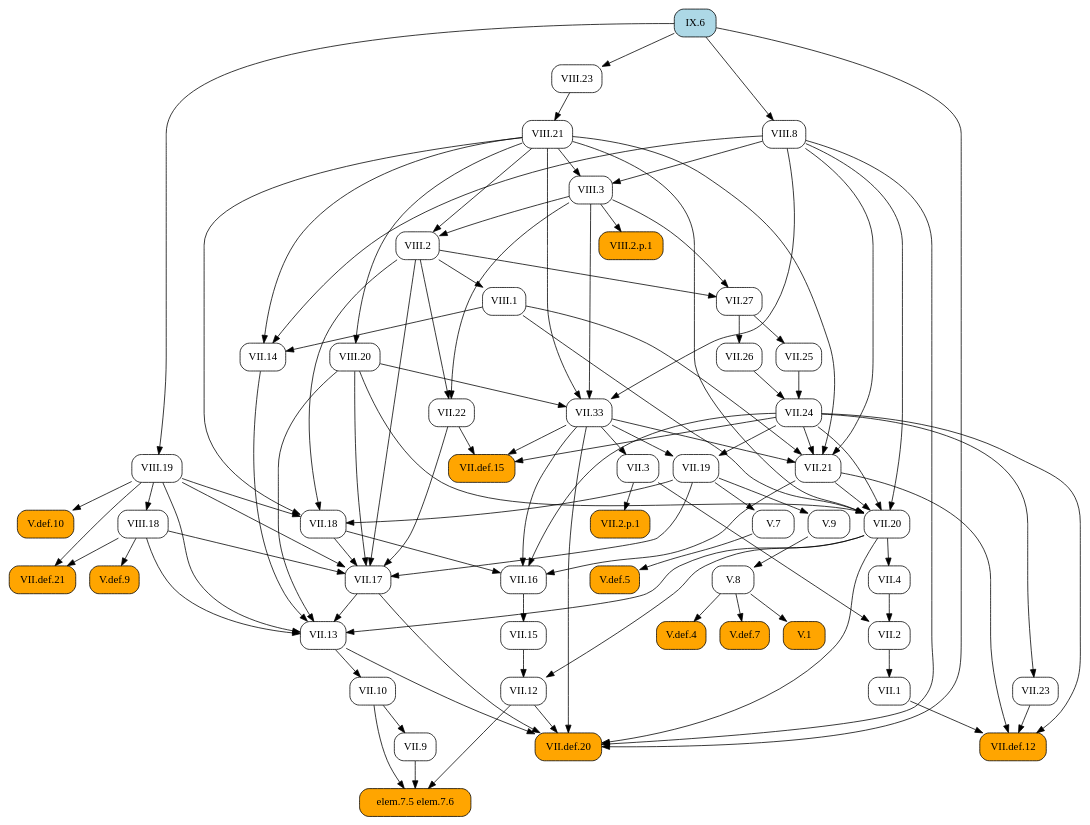
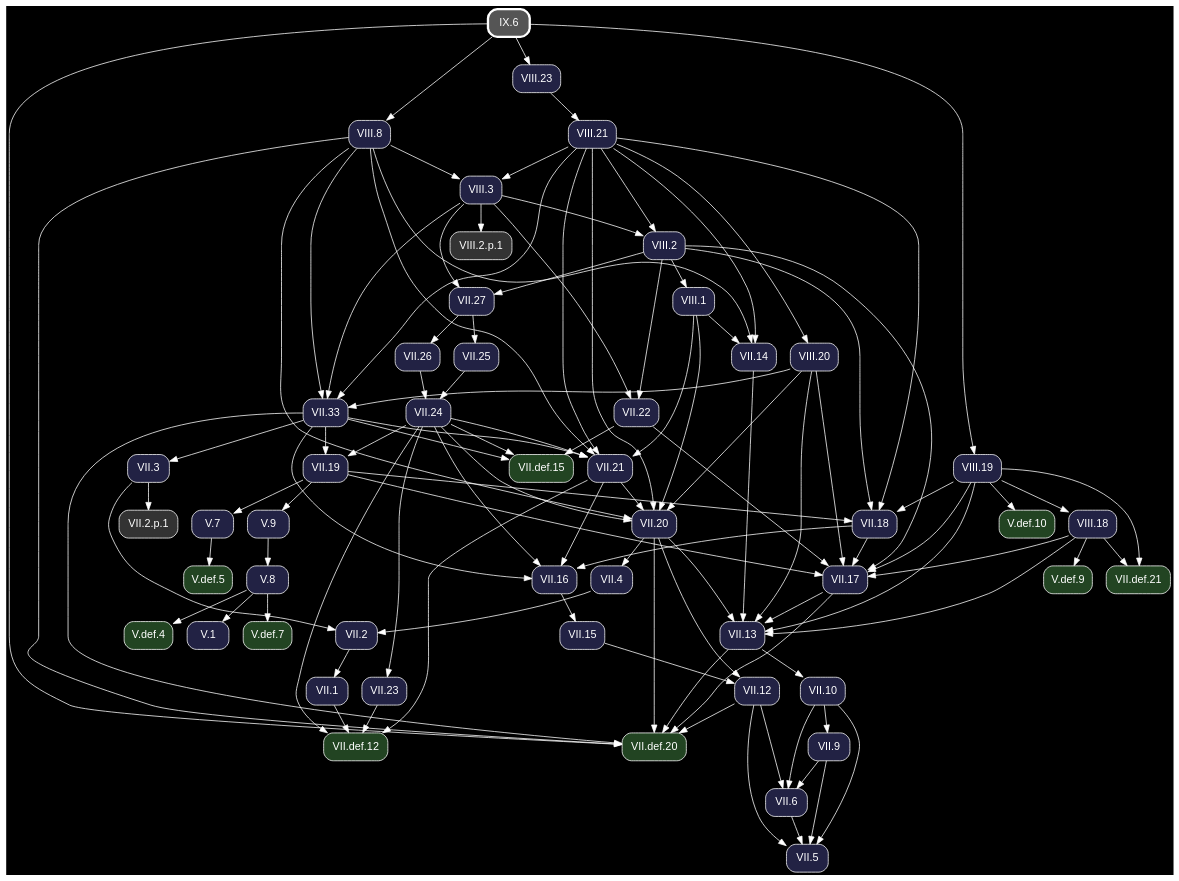
Before and after one commit to geometor/elements: the diagram in docsrc/heath/IX/6/index.rst, drawn with Graphviz. The commit also changed other lines of this file and 1200 other files, not shown here.

Commit message:
update dependency graphs

```diff
--- a/docsrc/heath/IX/6/index.rst
+++ b/docsrc/heath/IX/6/index.rst
@@ -52,108 +52,70 @@
 .. graphviz::
 
    digraph {
+     bgcolor="black";
+     node [shape=box, style="rounded,filled", fontname="Helvetica", color="white", fontcolor="white"];
+     edge [color="white", fontcolor="white"];
      rankdir="TB";
-     node [shape=box, style=rounded];
-     "VII.33" [URL="/heath/VII/33/", target="_top"];
-     "VII.12" [URL="/heath/VII/12/", target="_top"];
-     "elem.7.5 elem.7.6" [style="rounded,filled", fillcolor=orange];
-     "VIII.20" [URL="/heath/VIII/20/", target="_top"];
-     "VII.9" [URL="/heath/VII/9/", target="_top"];
-     "VIII.2" [URL="/heath/VIII/2/", target="_top"];
-     "VII.18" [URL="/heath/VII/18/", target="_top"];
-     "VII.16" [URL="/heath/VII/16/", target="_top"];
-     "V.7" [URL="/heath/V/7/", target="_top"];
-     "VII.26" [URL="/heath/VII/26/", target="_top"];
-     "V.def.5" [style="rounded,filled", fillcolor=orange, URL="/heath/V/def.5/", target="_top"];
-     "V.9" [URL="/heath/V/9/", target="_top"];
-     "VIII.8" [URL="/heath/VIII/8/", target="_top"];
-     "VII.10" [URL="/heath/VII/10/", target="_top"];
-     "VIII.3" [URL="/heath/VIII/3/", target="_top"];
-     "VII.13" [URL="/heath/VII/13/", target="_top"];
-     "VIII.18" [URL="/heath/VIII/18/", target="_top"];
-     "VIII.23" [URL="/heath/VIII/23/", target="_top"];
-     "VII.def.15" [style="rounded,filled", fillcolor=orange, URL="/heath/VII/def.15/", target="_top"];
-     "VIII.19" [URL="/heath/VIII/19/", target="_top"];
-     "VII.17" [URL="/heath/VII/17/", target="_top"];
-     "VII.19" [URL="/heath/VII/19/", target="_top"];
-     "VIII.2.p.1" [style="rounded,filled", fillcolor=orange];
-     "VII.2" [URL="/heath/VII/2/", target="_top"];
-     "VII.def.20" [style="rounded,filled", fillcolor=orange, URL="/heath/VII/def.20/", target="_top"];
-     "VII.2.p.1" [style="rounded,filled", fillcolor=orange];
-     "VII.15" [URL="/heath/VII/15/", target="_top"];
-     "V.def.4" [style="rounded,filled", fillcolor=orange, URL="/heath/V/def.4/", target="_top"];
-     "V.def.7" [style="rounded,filled", fillcolor=orange, URL="/heath/V/def.7/", target="_top"];
-     "VIII.21" [URL="/heath/VIII/21/", target="_top"];
-     "VII.14" [URL="/heath/VII/14/", target="_top"];
-     "VII.27" [URL="/heath/VII/27/", target="_top"];
-     "VII.21" [URL="/heath/VII/21/", target="_top"];
-     "V.def.10" [style="rounded,filled", fillcolor=orange, URL="/heath/V/def.10/", target="_top"];
-     "VII.22" [URL="/heath/VII/22/", target="_top"];
-     "VIII.1" [URL="/heath/VIII/1/", target="_top"];
-     "VII.25" [URL="/heath/VII/25/", target="_top"];
-     "VII.1" [URL="/heath/VII/1/", target="_top"];
-     "V.8" [URL="/heath/V/8/", target="_top"];
-     "VII.23" [URL="/heath/VII/23/", target="_top"];
-     "VII.4" [URL="/heath/VII/4/", target="_top"];
-     "VII.def.12" [style="rounded,filled", fillcolor=orange, URL="/heath/VII/def.12/", target="_top"];
-     "V.1" [style="rounded,filled", fillcolor=orange, URL="/heath/V/1/", target="_top"];
-     "V.def.9" [style="rounded,filled", fillcolor=orange, URL="/heath/V/def.9/", target="_top"];
-     "VII.3" [URL="/heath/VII/3/", target="_top"];
-     "VII.24" [URL="/heath/VII/24/", target="_top"];
-     "VII.20" [URL="/heath/VII/20/", target="_top"];
-     "VII.def.21" [style="rounded,filled", fillcolor=orange, URL="/heath/VII/def.21/", target="_top"];
-     "IX.6" [style="rounded,filled", fillcolor=lightblue, URL="/heath/IX/6/", target="_top"];
+     "VII.33" [fillcolor="#222244", URL="/heath/VII/33/", target="_top"];
+     "V.def.5" [fillcolor="#224422", URL="/heath/V/def.5/", target="_top"];
+     "V.def.9" [fillcolor="#224422", URL="/heath/V/def.9/", target="_top"];
+     "VII.18" [fillcolor="#222244", URL="/heath/VII/18/", target="_top"];
+     "VII.2" [fillcolor="#222244", URL="/heath/VII/2/", target="_top"];
+     "VII.def.20" [fillcolor="#224422", URL="/heath/VII/def.20/", target="_top"];
+     "VIII.8" [fillcolor="#222244", URL="/heath/VIII/8/", target="_top"];
+     "VIII.21" [fillcolor="#222244", URL="/heath/VIII/21/", target="_top"];
+     "VII.26" [fillcolor="#222244", URL="/heath/VII/26/", target="_top"];
+     "VII.1" [fillcolor="#222244", URL="/heath/VII/1/", target="_top"];
+     "VII.13" [fillcolor="#222244", URL="/heath/VII/13/", target="_top"];
+     "VIII.2.p.1" [fillcolor="#333333"];
+     "VII.27" [fillcolor="#222244", URL="/heath/VII/27/", target="_top"];
+     "VII.4" [fillcolor="#222244", URL="/heath/VII/4/", target="_top"];
+     "VII.25" [fillcolor="#222244", URL="/heath/VII/25/", target="_top"];
+     "V.def.10" [fillcolor="#224422", URL="/heath/V/def.10/", target="_top"];
+     "VIII.20" [fillcolor="#222244", URL="/heath/VIII/20/", target="_top"];
+     "VII.21" [fillcolor="#222244", URL="/heath/VII/21/", target="_top"];
+     "VII.9" [fillcolor="#222244", URL="/heath/VII/9/", target="_top"];
+     "V.7" [fillcolor="#222244", URL="/heath/V/7/", target="_top"];
+     "VII.12" [fillcolor="#222244", URL="/heath/VII/12/", target="_top"];
+     "V.9" [fillcolor="#222244", URL="/heath/V/9/", target="_top"];
+     "VII.17" [fillcolor="#222244", URL="/heath/VII/17/", target="_top"];
+     "VII.24" [fillcolor="#222244", URL="/heath/VII/24/", target="_top"];
+     "VII.22" [fillcolor="#222244", URL="/heath/VII/22/", target="_top"];
+     "VIII.2" [fillcolor="#222244", URL="/heath/VIII/2/", target="_top"];
+     "V.def.7" [fillcolor="#224422", URL="/heath/V/def.7/", target="_top"];
+     "VII.20" [fillcolor="#222244", URL="/heath/VII/20/", target="_top"];
+     "V.def.4" [fillcolor="#224422", URL="/heath/V/def.4/", target="_top"];
+     "VIII.18" [fillcolor="#222244", URL="/heath/VIII/18/", target="_top"];
+     "IX.6" [penwidth=3, color="white", fillcolor="#555555", URL="/heath/IX/6/", target="_top"];
+     "VII.5" [fillcolor="#222244", URL="/heath/VII/5/", target="_top"];
+     "VIII.23" [fillcolor="#222244", URL="/heath/VIII/23/", target="_top"];
+     "VII.def.15" [fillcolor="#224422", URL="/heath/VII/def.15/", target="_top"];
+     "VIII.3" [fillcolor="#222244", URL="/heath/VIII/3/", target="_top"];
+     "VII.2.p.1" [fillcolor="#333333"];
+     "VII.6" [fillcolor="#222244", URL="/heath/VII/6/", target="_top"];
+     "VII.16" [fillcolor="#222244", URL="/heath/VII/16/", target="_top"];
+     "VII.15" [fillcolor="#222244", URL="/heath/VII/15/", target="_top"];
+     "V.1" [fillcolor="#222244", URL="/heath/V/1/", target="_top"];
+     "VII.10" [fillcolor="#222244", URL="/heath/VII/10/", target="_top"];
+     "VIII.19" [fillcolor="#222244", URL="/heath/VIII/19/", target="_top"];
+     "VII.23" [fillcolor="#222244", URL="/heath/VII/23/", target="_top"];
+     "VII.def.12" [fillcolor="#224422", URL="/heath/VII/def.12/", target="_top"];
+     "VII.def.21" [fillcolor="#224422", URL="/heath/VII/def.21/", target="_top"];
+     "VII.19" [fillcolor="#222244", URL="/heath/VII/19/", target="_top"];
+     "VIII.1" [fillcolor="#222244", URL="/heath/VIII/1/", target="_top"];
+     "V.8" [fillcolor="#222244", URL="/heath/V/8/", target="_top"];
+     "VII.3" [fillcolor="#222244", URL="/heath/VII/3/", target="_top"];
+     "VII.14" [fillcolor="#222244", URL="/heath/VII/14/", target="_top"];
      "VIII.3" -> "VII.33";
      "VIII.8" -> "VII.33";
      "VIII.20" -> "VII.33";
      "VIII.21" -> "VII.33";
-     "VII.15" -> "VII.12";
-     "VII.20" -> "VII.12";
-     "VII.9" -> "elem.7.5 elem.7.6";
-     "VII.10" -> "elem.7.5 elem.7.6";
-     "VII.12" -> "elem.7.5 elem.7.6";
-     "VIII.21" -> "VIII.20";
-     "VII.10" -> "VII.9";
-     "VIII.3" -> "VIII.2";
-     "VIII.21" -> "VIII.2";
+     "V.7" -> "V.def.5";
+     "VIII.18" -> "V.def.9";
      "VII.19" -> "VII.18";
      "VIII.2" -> "VII.18";
      "VIII.19" -> "VII.18";
      "VIII.21" -> "VII.18";
-     "VII.18" -> "VII.16";
-     "VII.21" -> "VII.16";
-     "VII.24" -> "VII.16";
-     "VII.33" -> "VII.16";
-     "VII.19" -> "V.7";
-     "VII.27" -> "VII.26";
-     "V.7" -> "V.def.5";
-     "VII.19" -> "V.9";
-     "IX.6" -> "VIII.8";
-     "VII.13" -> "VII.10";
-     "VIII.8" -> "VIII.3";
-     "VIII.21" -> "VIII.3";
-     "VII.14" -> "VII.13";
-     "VII.17" -> "VII.13";
-     "VII.20" -> "VII.13";
-     "VIII.18" -> "VII.13";
-     "VIII.19" -> "VII.13";
-     "VIII.20" -> "VII.13";
-     "VIII.19" -> "VIII.18";
-     "IX.6" -> "VIII.23";
-     "VII.22" -> "VII.def.15";
-     "VII.24" -> "VII.def.15";
-     "VII.33" -> "VII.def.15";
-     "IX.6" -> "VIII.19";
-     "VII.18" -> "VII.17";
-     "VII.19" -> "VII.17";
-     "VII.22" -> "VII.17";
-     "VIII.2" -> "VII.17";
-     "VIII.18" -> "VII.17";
-     "VIII.19" -> "VII.17";
-     "VIII.20" -> "VII.17";
-     "VII.24" -> "VII.19";
-     "VII.33" -> "VII.19";
-     "VIII.3" -> "VIII.2.p.1";
      "VII.3" -> "VII.2";
      "VII.4" -> "VII.2";
      "VII.12" -> "VII.def.20";
@@ -163,45 +125,90 @@
      "VII.33" -> "VII.def.20";
      "VIII.8" -> "VII.def.20";
      "IX.6" -> "VII.def.20";
-     "VII.3" -> "VII.2.p.1";
-     "VII.16" -> "VII.15";
-     "V.8" -> "V.def.4";
-     "V.8" -> "V.def.7";
+     "IX.6" -> "VIII.8";
      "VIII.23" -> "VIII.21";
-     "VIII.1" -> "VII.14";
-     "VIII.8" -> "VII.14";
-     "VIII.21" -> "VII.14";
+     "VII.27" -> "VII.26";
+     "VII.2" -> "VII.1";
+     "VII.14" -> "VII.13";
+     "VII.17" -> "VII.13";
+     "VII.20" -> "VII.13";
+     "VIII.18" -> "VII.13";
+     "VIII.19" -> "VII.13";
+     "VIII.20" -> "VII.13";
+     "VIII.3" -> "VIII.2.p.1";
      "VIII.2" -> "VII.27";
      "VIII.3" -> "VII.27";
+     "VII.20" -> "VII.4";
+     "VII.27" -> "VII.25";
+     "VIII.19" -> "V.def.10";
+     "VIII.21" -> "VIII.20";
      "VII.24" -> "VII.21";
      "VII.33" -> "VII.21";
      "VIII.1" -> "VII.21";
      "VIII.8" -> "VII.21";
      "VIII.21" -> "VII.21";
-     "VIII.19" -> "V.def.10";
+     "VII.10" -> "VII.9";
+     "VII.19" -> "V.7";
+     "VII.15" -> "VII.12";
+     "VII.20" -> "VII.12";
+     "VII.19" -> "V.9";
+     "VII.18" -> "VII.17";
+     "VII.19" -> "VII.17";
+     "VII.22" -> "VII.17";
+     "VIII.2" -> "VII.17";
+     "VIII.18" -> "VII.17";
+     "VIII.19" -> "VII.17";
+     "VIII.20" -> "VII.17";
+     "VII.25" -> "VII.24";
+     "VII.26" -> "VII.24";
      "VIII.2" -> "VII.22";
      "VIII.3" -> "VII.22";
-     "VIII.2" -> "VIII.1";
-     "VII.27" -> "VII.25";
-     "VII.2" -> "VII.1";
-     "V.9" -> "V.8";
-     "VII.24" -> "VII.23";
-     "VII.20" -> "VII.4";
-     "VII.1" -> "VII.def.12";
-     "VII.21" -> "VII.def.12";
-     "VII.23" -> "VII.def.12";
-     "VII.24" -> "VII.def.12";
-     "V.8" -> "V.1";
-     "VIII.18" -> "V.def.9";
-     "VII.33" -> "VII.3";
-     "VII.25" -> "VII.24";
-     "VII.26" -> "VII.24";
+     "VIII.3" -> "VIII.2";
+     "VIII.21" -> "VIII.2";
+     "V.8" -> "V.def.7";
      "VII.21" -> "VII.20";
      "VII.24" -> "VII.20";
      "VIII.1" -> "VII.20";
      "VIII.8" -> "VII.20";
      "VIII.20" -> "VII.20";
      "VIII.21" -> "VII.20";
+     "V.8" -> "V.def.4";
+     "VIII.19" -> "VIII.18";
+     "VII.6" -> "VII.5";
+     "VII.9" -> "VII.5";
+     "VII.10" -> "VII.5";
+     "VII.12" -> "VII.5";
+     "IX.6" -> "VIII.23";
+     "VII.22" -> "VII.def.15";
+     "VII.24" -> "VII.def.15";
+     "VII.33" -> "VII.def.15";
+     "VIII.8" -> "VIII.3";
+     "VIII.21" -> "VIII.3";
+     "VII.3" -> "VII.2.p.1";
+     "VII.9" -> "VII.6";
+     "VII.10" -> "VII.6";
+     "VII.12" -> "VII.6";
+     "VII.18" -> "VII.16";
+     "VII.21" -> "VII.16";
+     "VII.24" -> "VII.16";
+     "VII.33" -> "VII.16";
+     "VII.16" -> "VII.15";
+     "V.8" -> "V.1";
+     "VII.13" -> "VII.10";
+     "IX.6" -> "VIII.19";
+     "VII.24" -> "VII.23";
+     "VII.1" -> "VII.def.12";
+     "VII.21" -> "VII.def.12";
+     "VII.23" -> "VII.def.12";
+     "VII.24" -> "VII.def.12";
      "VIII.18" -> "VII.def.21";
      "VIII.19" -> "VII.def.21";
+     "VII.24" -> "VII.19";
+     "VII.33" -> "VII.19";
+     "VIII.2" -> "VIII.1";
+     "V.9" -> "V.8";
+     "VII.33" -> "VII.3";
+     "VIII.1" -> "VII.14";
+     "VIII.8" -> "VII.14";
+     "VIII.21" -> "VII.14";
    }
```
